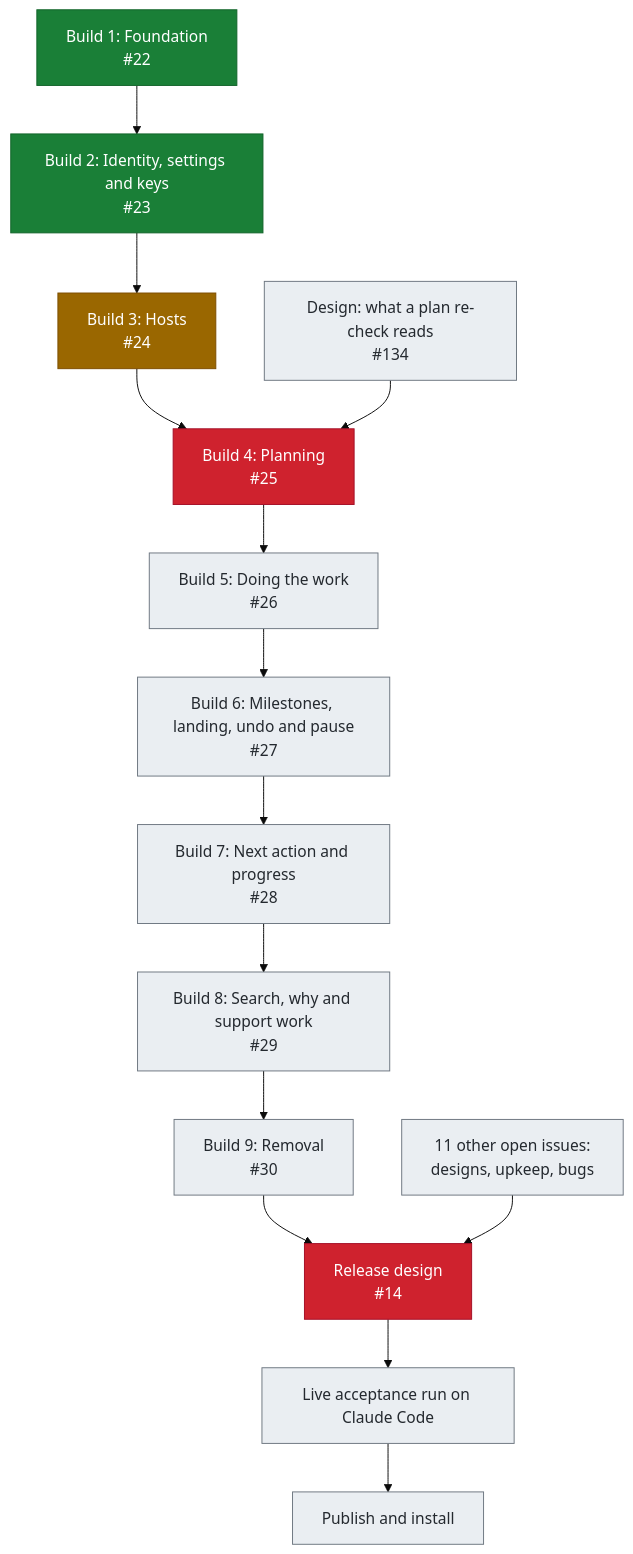
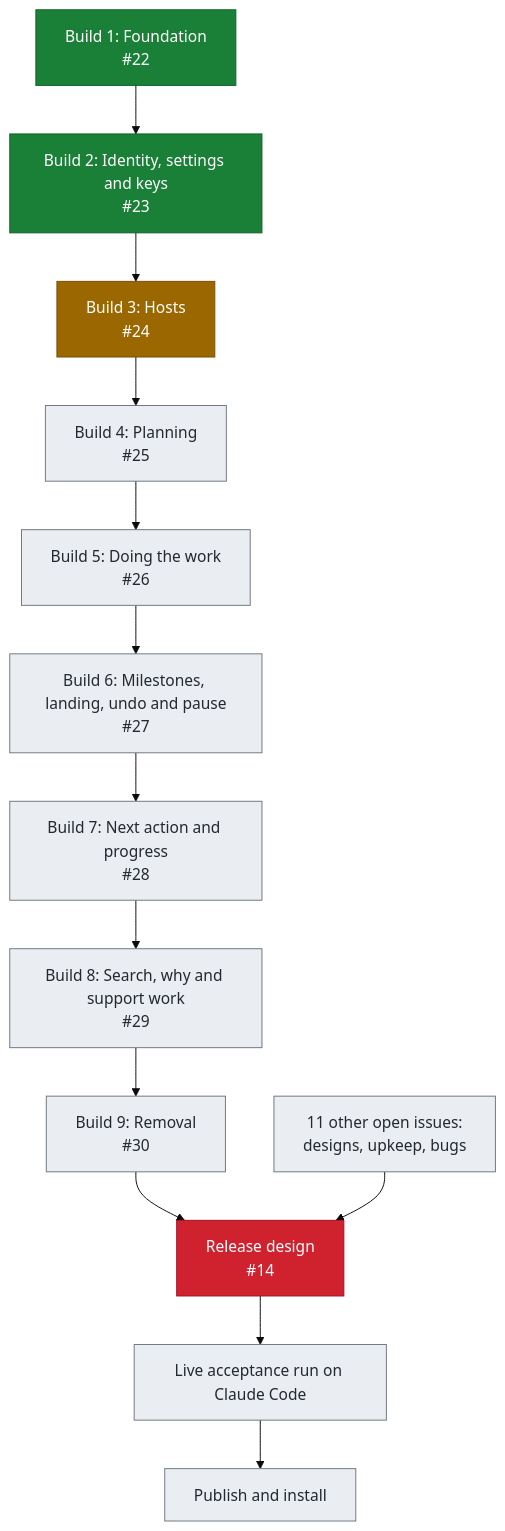
One commit to crenshawdev/baley changed the first of 4 diagrams in docs/roadmap.md. Above: the diagram before and after it, drawn with Mermaid (base theme). The commit also changed other lines of this file, not shown here.

First line of the commit message:
docs(roadmap): mark plan re-check design as landed

````diff
--- a/docs/roadmap.md
+++ b/docs/roadmap.md
@@ -9,32 +9,30 @@
 ```mermaid
 flowchart TB
     B1["Build 1: Foundation<br/>#22"]
     B2["Build 2: Identity, settings and keys<br/>#23"]
     B3["Build 3: Hosts<br/>#24"]
     B4["Build 4: Planning<br/>#25"]
     B5["Build 5: Doing the work<br/>#26"]
     B6["Build 6: Milestones, landing, undo and pause<br/>#27"]
     B7["Build 7: Next action and progress<br/>#28"]
     B8["Build 8: Search, why and support work<br/>#29"]
     B9["Build 9: Removal<br/>#30"]
-    D134["Design: what a plan re-check reads<br/>#134"]
     OTHER["11 other open issues:<br/>designs, upkeep, bugs"]
     R1["Release design<br/>#14"]
     R2["Live acceptance run on Claude Code"]
     R3["Publish and install"]
 
     B1 --> B2 --> B3 --> B4 --> B5 --> B6 --> B7 --> B8 --> B9 --> R1 --> R2 --> R3
-    D134 --> B4
     OTHER --> R1
 
     classDef done fill:#1a7f37,stroke:#116329,color:#ffffff
     classDef progress fill:#9a6700,stroke:#7d4e00,color:#ffffff
     classDef next fill:#fff8c5,stroke:#9a6700,stroke-width:3px,color:#3b2300
     classDef blocked fill:#cf222e,stroke:#a40e26,color:#ffffff
     classDef planned fill:#eaeef2,stroke:#6e7781,color:#24292f
 
     class B1,B2 done
     class B3 progress
-    class B4,R1 blocked
-    class B5,B6,B7,B8,B9,D134,OTHER,R2,R3 planned
+    class R1 blocked
+    class B4,B5,B6,B7,B8,B9,OTHER,R2,R3 planned
 ```
````
